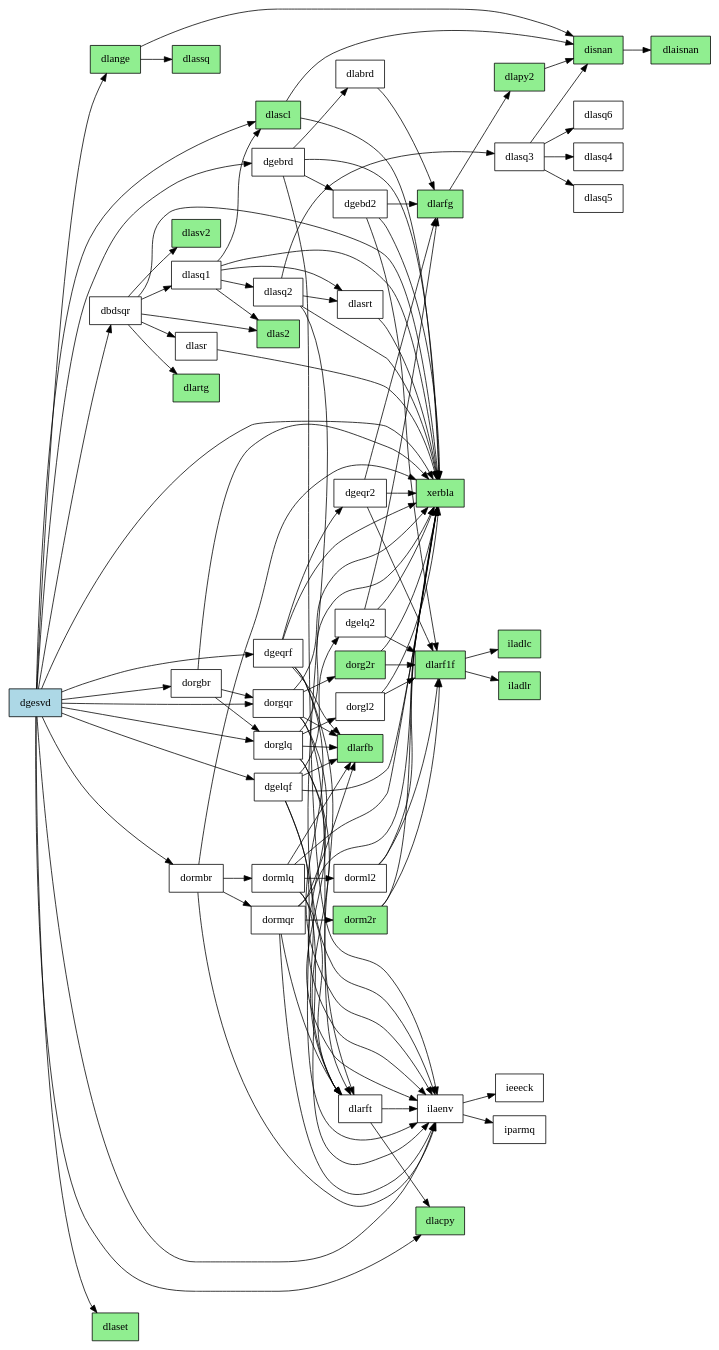
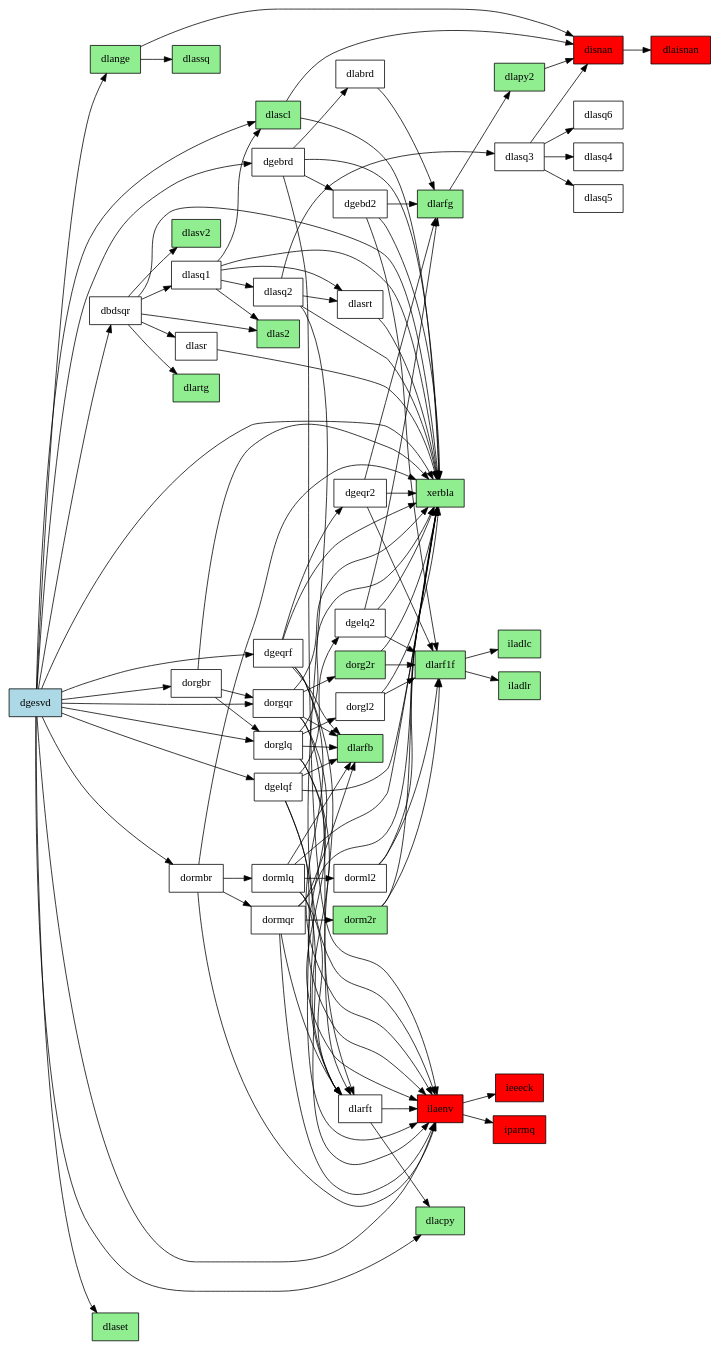
Before and after one commit to prajjwalbajpai/LAPACK-deps: the diagram in dgesvd.dot, drawn with Graphviz. The commit also changed 5 other files, not shown here.

```diff
--- a/dgesvd.dot
+++ b/dgesvd.dot
@@ -1,134 +1,139 @@
 digraph G {
   rankdir=LR;
   node [shape=box];
 
   "dgesvd" [style=filled, fillcolor=lightblue];
   "dorg2r" [style=filled, fillcolor=lightgreen];
   "iladlc" [style=filled, fillcolor=lightgreen];
   "iladlr" [style=filled, fillcolor=lightgreen];
   "dlapy2" [style=filled, fillcolor=lightgreen];
   "disnan" [style=filled, fillcolor=lightgreen];
   "dlaisnan" [style=filled, fillcolor=lightgreen];
   "dlas2" [style=filled, fillcolor=lightgreen];
   "dlartg" [style=filled, fillcolor=lightgreen];
   "dlascl" [style=filled, fillcolor=lightgreen];
   "dlassq" [style=filled, fillcolor=lightgreen];
   "dlange" [style=filled, fillcolor=lightgreen];
   "xerbla" [style=filled, fillcolor=lightgreen];
   "dlasv2" [style=filled, fillcolor=lightgreen];
   "dlarf1f" [style=filled, fillcolor=lightgreen];
   "dlarfb" [style=filled, fillcolor=lightgreen];
   "dlacpy" [style=filled, fillcolor=lightgreen];
   "dlaset" [style=filled, fillcolor=lightgreen];
   "dlartg" [style=filled, fillcolor=lightgreen];
   "dlarfg" [style=filled, fillcolor=lightgreen];
-  "dorm2r" [style=filled, fillcolor=lightgreen];  
+  "dorm2r" [style=filled, fillcolor=lightgreen];
+  "dlaisnan" [style=filled, fillcolor=red];
+  "disnan" [style=filled, fillcolor=red];
+  "ilaenv" [style=filled, fillcolor=red];
+  "ieeeck" [style=filled, fillcolor=red]; 
+  "iparmq" [style=filled, fillcolor=red]; 
 
   "dgesvd" -> "dbdsqr";
   "dbdsqr" -> "dlartg";
   "dbdsqr" -> "dlas2";
   "dbdsqr" -> "dlasq1";
   "dlasq1" -> "dlas2";
   "dlasq1" -> "dlascl";
   "dlascl" -> "disnan";
   "disnan" -> "dlaisnan";
   "dlascl" -> "xerbla";
   "dlasq1" -> "dlasq2";
   "dlasq2" -> "dlasq3";
   "dlasq3" -> "disnan";
   "dlasq3" -> "dlasq4";
   "dlasq3" -> "dlasq5";
   "dlasq3" -> "dlasq6";
   "dlasq2" -> "dlasrt";
   "dlasrt" -> "xerbla";
   "dlasq2" -> "ilaenv";
   "ilaenv" -> "ieeeck";
   "ilaenv" -> "iparmq";
   "dlasq2" -> "xerbla";
   "dlasq1" -> "dlasrt";
   "dlasq1" -> "xerbla";
   "dbdsqr" -> "dlasr";
   "dlasr" -> "xerbla";
   "dbdsqr" -> "dlasv2";
   "dbdsqr" -> "xerbla";
   "dgesvd" -> "dgebrd";
   "dgebrd" -> "dgebd2";
   "dgebd2" -> "dlarf1f";
   "dlarf1f" -> "iladlc";
   "dlarf1f" -> "iladlr";
   "dgebd2" -> "dlarfg";
   "dlarfg" -> "dlapy2";
   "dlapy2" -> "disnan";
   "dgebd2" -> "xerbla";
   "dgebrd" -> "dlabrd";
   "dlabrd" -> "dlarfg";
   "dgebrd" -> "ilaenv";
   "dgebrd" -> "xerbla";
   "dgesvd" -> "dgelqf";
   "dgelqf" -> "dgelq2";
   "dgelq2" -> "dlarf1f";
   "dgelq2" -> "dlarfg";
   "dgelq2" -> "xerbla";
   "dgelqf" -> "dlarfb";
   "dgelqf" -> "dlarft";
   "dlarft" -> "dlacpy";
   "dlarft" -> "ilaenv";
   "dgelqf" -> "ilaenv";
   "dgelqf" -> "xerbla";
   "dgesvd" -> "dgeqrf";
   "dgeqrf" -> "dgeqr2";
   "dgeqr2" -> "dlarf1f";
   "dgeqr2" -> "dlarfg";
   "dgeqr2" -> "xerbla";
   "dgeqrf" -> "dlarfb";
   "dgeqrf" -> "dlarft";
   "dgeqrf" -> "ilaenv";
   "dgeqrf" -> "xerbla";
   "dgesvd" -> "dlacpy";
   "dgesvd" -> "dlange";
   "dlange" -> "disnan";
   "dlange" -> "dlassq";
   "dgesvd" -> "dlascl";
   "dgesvd" -> "dlaset";
   "dgesvd" -> "dorgbr";
   "dorgbr" -> "dorglq";
   "dorglq" -> "dlarfb";
   "dorglq" -> "dlarft";
   "dorglq" -> "dorgl2";
   "dorgl2" -> "dlarf1f";
   "dorgl2" -> "xerbla";
   "dorglq" -> "ilaenv";
   "dorglq" -> "xerbla";
   "dorgbr" -> "dorgqr";
   "dorgqr" -> "dlarfb";
   "dorgqr" -> "dlarft";
   "dorgqr" -> "dorg2r";
   "dorg2r" -> "dlarf1f";
   "dorg2r" -> "xerbla";
   "dorgqr" -> "ilaenv";
   "dorgqr" -> "xerbla";
   "dorgbr" -> "xerbla";
   "dgesvd" -> "dorglq";
   "dgesvd" -> "dorgqr";
   "dgesvd" -> "dormbr";
   "dormbr" -> "dormlq";
   "dormlq" -> "dlarfb";
   "dormlq" -> "dlarft";
   "dormlq" -> "dorml2";
   "dorml2" -> "dlarf1f";
   "dorml2" -> "xerbla";
   "dormlq" -> "ilaenv";
   "dormlq" -> "xerbla";
   "dormbr" -> "dormqr";
   "dormqr" -> "dlarfb";
   "dormqr" -> "dlarft";
   "dormqr" -> "dorm2r";
   "dorm2r" -> "dlarf1f";
   "dorm2r" -> "xerbla";
   "dormqr" -> "ilaenv";
   "dormqr" -> "xerbla";
   "dormbr" -> "ilaenv";
   "dormbr" -> "xerbla";
   "dgesvd" -> "ilaenv";
   "dgesvd" -> "xerbla";
 }
```
